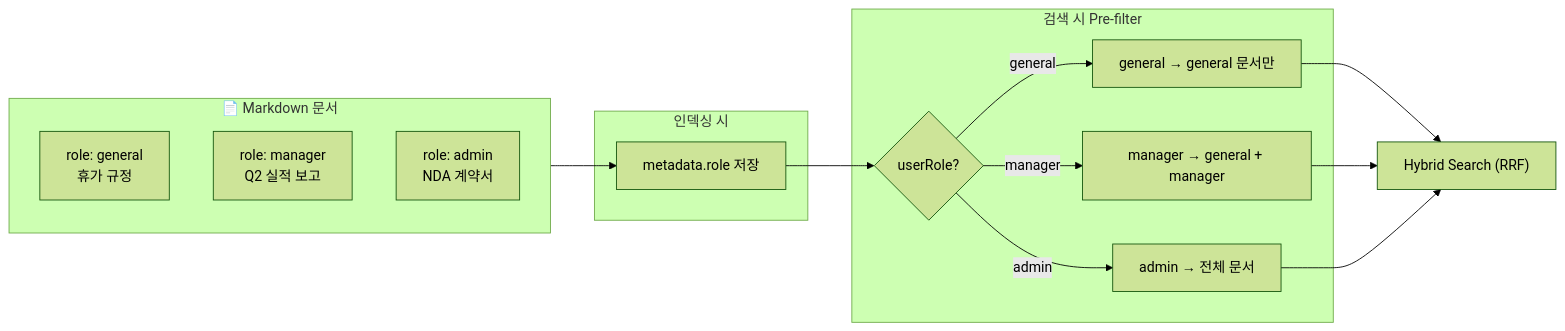
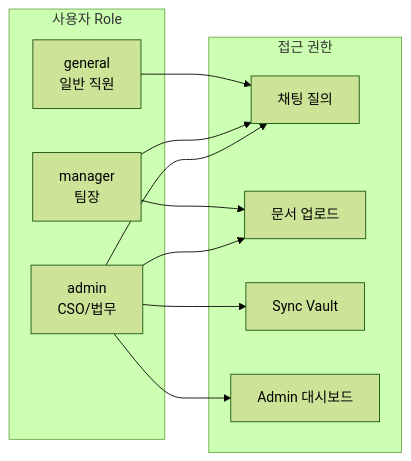
One commit to dayainow/corp-brain changed the third of 11 diagrams in README.md. Above: the diagram before and after it, drawn with Mermaid (forest theme). The commit also changed other lines of this file, not shown here.

First line of the commit message:
docs: README 전면 업데이트 — 최신 기능 및 아키텍처 다이어그램 반영

````diff
--- a/README.md
+++ b/README.md
@@ -154,26 +125,19 @@
 ```mermaid
 flowchart LR
-    subgraph Docs["📄 Markdown 문서"]
-        D1["role: general<br/>휴가 규정"]
-        D2["role: manager<br/>Q2 실적 보고"]
-        D3["role: admin<br/>NDA 계약서"]
+    subgraph Roles["사용자 Role"]
+        G["general<br/>일반 직원"]
+        M["manager<br/>팀장"]
+        A["admin<br/>CSO/법무"]
     end
 
-    subgraph Index["인덱싱 시"]
-        Meta["metadata.role 저장"]
+    subgraph Access["접근 권한"]
+        Chat["채팅 질의"]
+        Upload["문서 업로드"]
+        Sync["Sync Vault"]
+        Admin["Admin 대시보드"]
     end
 
-    subgraph Search["검색 시 Pre-filter"]
-        Filter{"userRole?"}
-        G["general → general 문서만"]
-        M["manager → general + manager"]
-        A["admin → 전체 문서"]
-    end
-
-    Docs --> Meta --> Filter
-    Filter -->|general| G
-    Filter -->|manager| M
-    Filter -->|admin| A
-
-    G & M & A --> Hybrid["Hybrid Search (RRF)"]
+    G --> Chat
+    M --> Chat & Upload
+    A --> Chat & Upload & Sync & Admin
 ```
````
